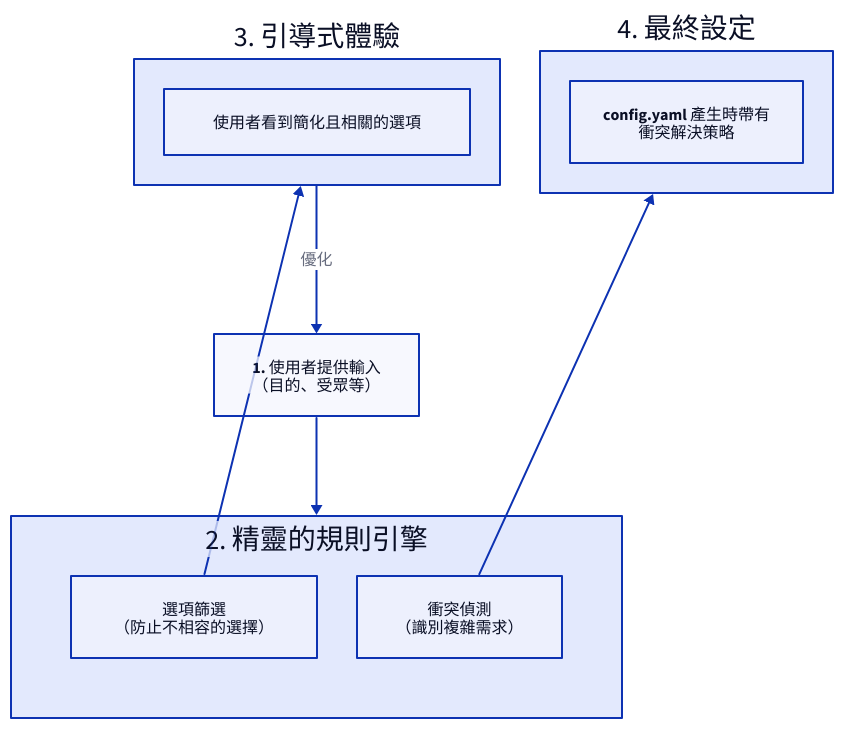
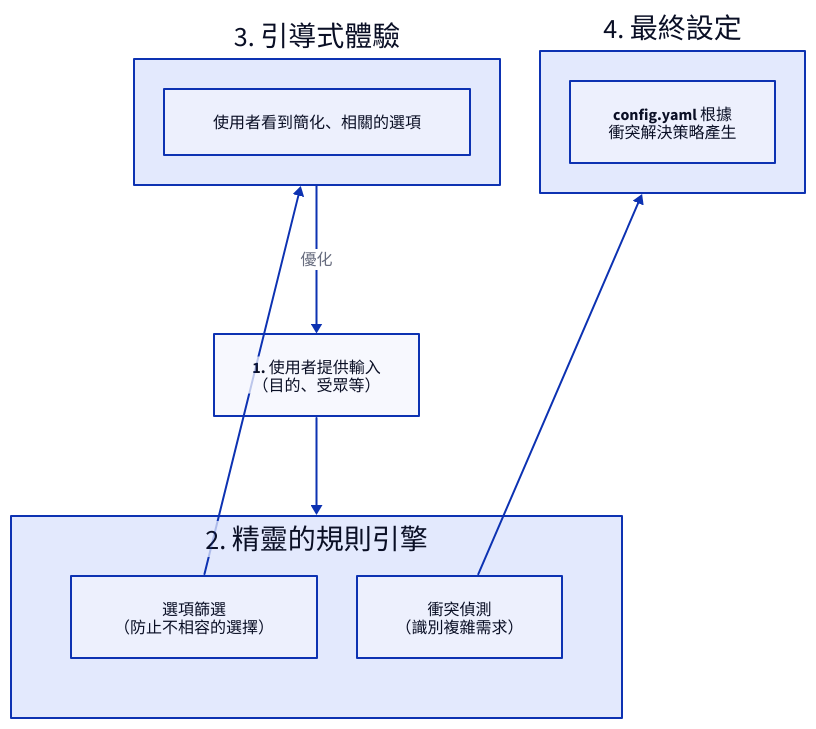
One commit to AIGNE-io/aigne-doc-smith changed the diagram in docs/configuration-interactive-setup.zh-TW.md. Above: the diagram before and after it, drawn with D2. The commit also changed other lines of this file and 84 other files, not shown here.

````diff
--- a/docs/configuration-interactive-setup.zh-TW.md
+++ b/docs/configuration-interactive-setup.zh-TW.md
@@ -32,38 +32,38 @@
 ```d2
 direction: down
 
 User-Selections: {
   label: "1. 使用者提供輸入\n（目的、受眾等）"
   shape: rectangle
 }
 
 Wizard-Engine: {
   label: "2. 精靈的規則引擎"
   shape: rectangle
   grid-columns: 2
 
   Filtering: {
     label: "選項篩選\n（防止不相容的選擇）"
   }
 
   Conflict-Detection: {
     label: "衝突偵測\n（識別複雜需求）"
   }
 }
 
 Guided-Experience: {
   label: "3. 引導式體驗"
   shape: rectangle
-  content: "使用者看到簡化且相關的選項"
+  content: "使用者看到簡化、相關的選項"
 }
 
 Final-Config: {
   label: "4. 最終設定"
-  content: "config.yaml 產生時帶有\n衝突解決策略"
+  content: "config.yaml 根據\n衝突解決策略產生"
 }
 
 User-Selections -> Wizard-Engine
 Wizard-Engine.Filtering -> Guided-Experience
 Wizard-Engine.Conflict-Detection -> Final-Config
 Guided-Experience -> User-Selections: "優化"
 ```
````
